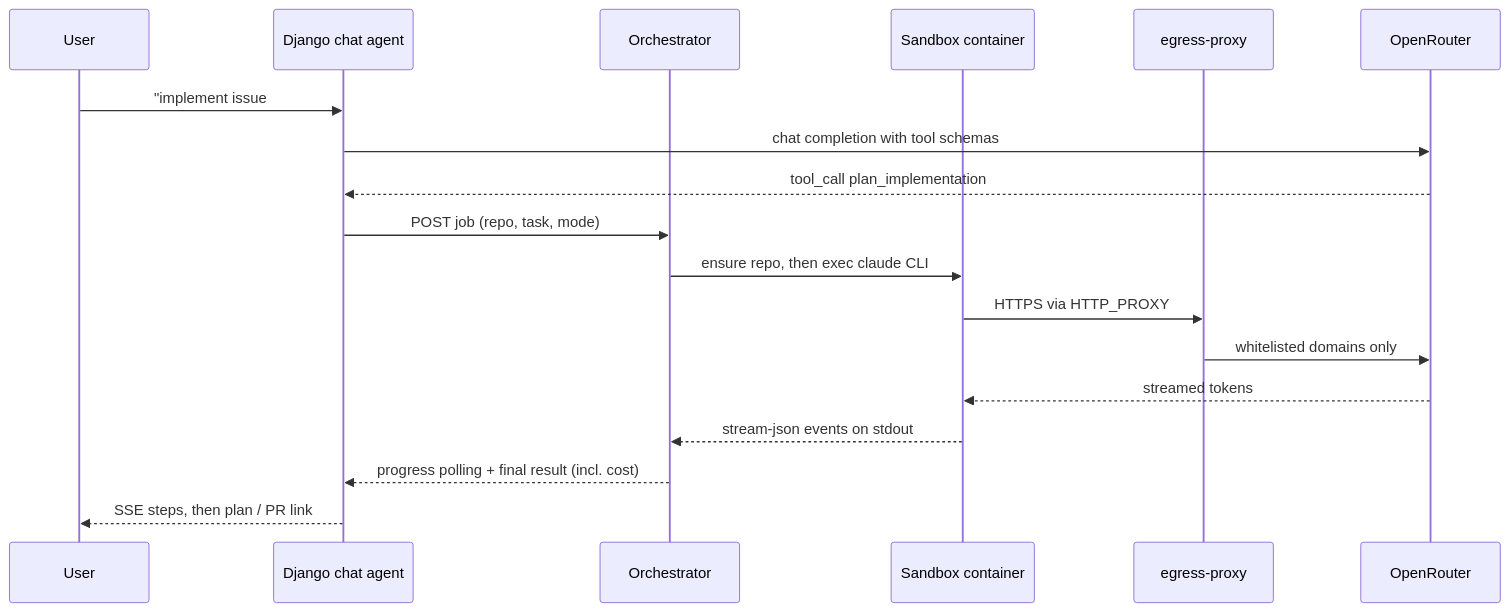
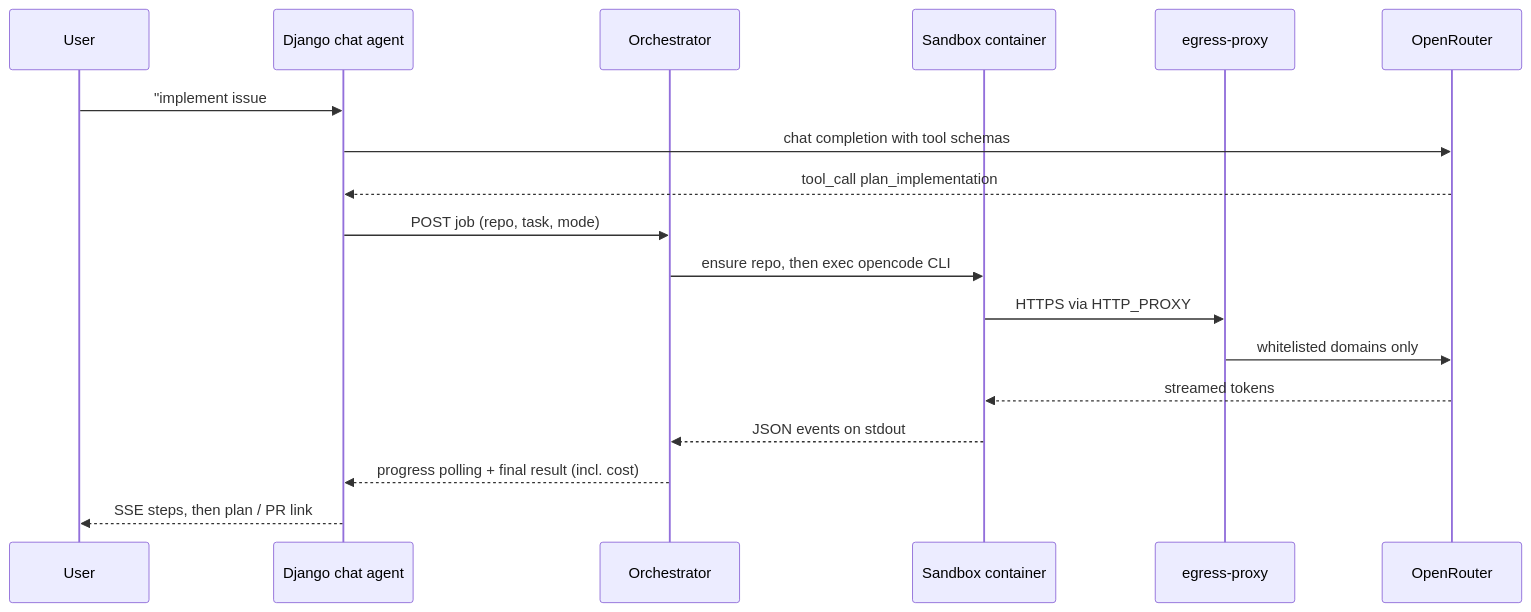
Before and after one commit to RachidChabane/sterna: the second of 3 diagrams in docs/architecture.md, drawn with Mermaid. The commit also changed other lines of this file and 27 other files, not shown here.

````diff
--- a/docs/architecture.md
+++ b/docs/architecture.md
@@ -140,21 +140,21 @@
 ```mermaid
 sequenceDiagram
     participant U as User
     participant W as Django chat agent
     participant O as Orchestrator
     participant S as Sandbox container
     participant P as egress-proxy
     participant R as OpenRouter
 
     U->>W: "implement issue #42"
     W->>R: chat completion with tool schemas
     R-->>W: tool_call plan_implementation
     W->>O: POST job (repo, task, mode)
-    O->>S: ensure repo, then exec claude CLI
+    O->>S: ensure repo, then exec opencode CLI
     S->>P: HTTPS via HTTP_PROXY
     P->>R: whitelisted domains only
     R-->>S: streamed tokens
-    S-->>O: stream-json events on stdout
+    S-->>O: JSON events on stdout
     O-->>W: progress polling + final result (incl. cost)
     W-->>U: SSE steps, then plan / PR link
 ```
````
